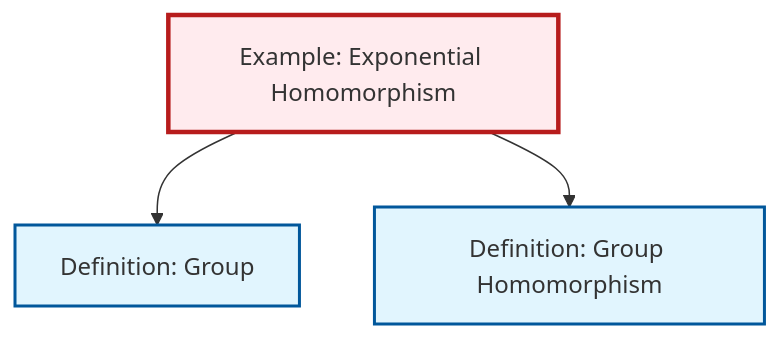
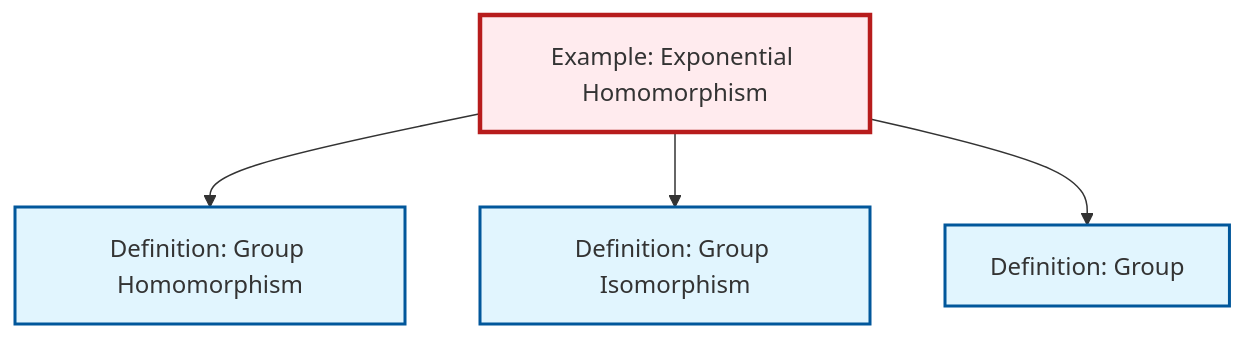
The diagram in content/ja/algebra/ex-exponential-homomorphism.qmd (RK0429/ModernMath), drawn with Mermaid before and after one commit. The commit also changed other lines of this file and 581 other files, not shown here.

````diff
--- a/content/ja/algebra/ex-exponential-homomorphism.qmd
+++ b/content/ja/algebra/ex-exponential-homomorphism.qmd
@@ -45,17 +46,20 @@
 ```{mermaid}
 %%| fig-cap: "Local dependency graph"
 graph TD
     classDef definition fill:#e1f5fe,stroke:#01579b,stroke-width:2px
     classDef theorem fill:#f3e5f5,stroke:#4a148c,stroke-width:2px
     classDef axiom fill:#fff3e0,stroke:#e65100,stroke-width:2px
     classDef example fill:#e8f5e9,stroke:#1b5e20,stroke-width:2px
     classDef current fill:#ffebee,stroke:#b71c1c,stroke-width:3px
     def-group["Definition: Group"]:::definition
+    def-isomorphism["Definition: Group Isomorphism"]:::definition
+    def-homomorphism["Definition: Group Homomorphism"]:::definition
     ex-exponential-homomorphism["Example: Exponential Homomorphism"]:::example
-    def-homomorphism["Definition: Group Homomorphism"]:::definition
+    ex-exponential-homomorphism --> def-homomorphism
+    ex-exponential-homomorphism --> def-isomorphism
     ex-exponential-homomorphism --> def-group
-    ex-exponential-homomorphism --> def-homomorphism
     class ex-exponential-homomorphism current
     click def-group "def-group.html" "Definition: Groupへ"
+    click def-isomorphism "def-isomorphism.html" "Definition: Group Isomorphismへ"
     click def-homomorphism "def-homomorphism.html" "Definition: Group Homomorphismへ"
 ```
````
